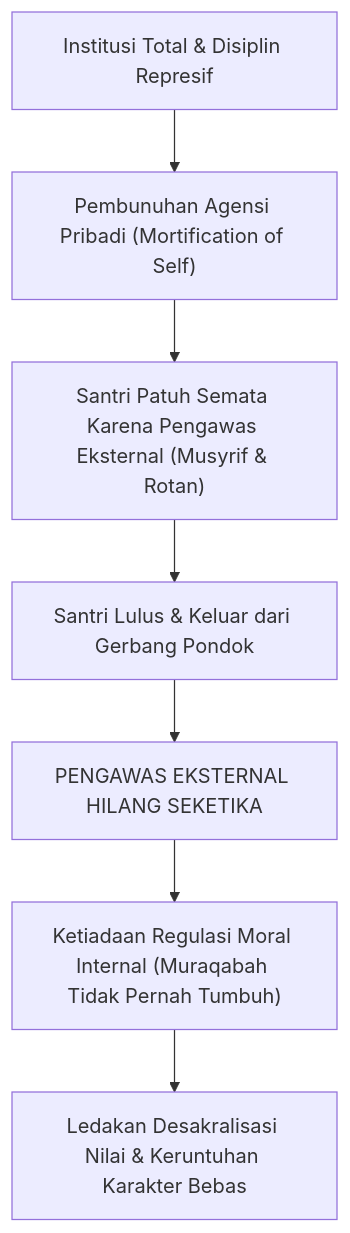
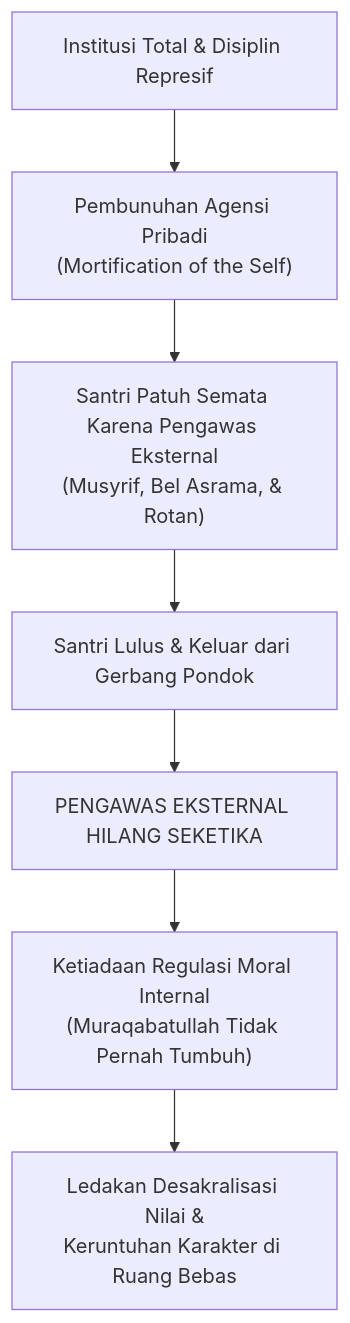
One commit to wandiapriliyandi/tumbuh changed the first of 5 diagrams in BOOK Series 1/01-The-Fundamental-of-TUMBUH/Bab-01-Menatap-Krisis-Menegakkan-Orientasi.md. Above: the diagram before and after it, drawn with Mermaid. The commit also changed other lines of this file and 3 other files, not shown here.

Commit message:
fix(book-01): optimasi pemenggalan teks diagram alur Bab 1 dan perbarui file PDF

````diff
--- a/BOOK Series 1/01-The-Fundamental-of-TUMBUH/Bab-01-Menatap-Krisis-Menegakkan-Orientasi.md
+++ b/BOOK Series 1/01-The-Fundamental-of-TUMBUH/Bab-01-Menatap-Krisis-Menegakkan-Orientasi.md
@@ -50,9 +50,9 @@
 ```mermaid
 graph TD
-    A["Institusi Total & Disiplin Represif"] --> B["Pembunuhan Agensi Pribadi (Mortification of Self)"]
-    B --> C["Santri Patuh Semata Karena Pengawas Eksternal (Musyrif & Rotan)"]
+    A["Institusi Total & Disiplin Represif"] --> B["Pembunuhan Agensi Pribadi<br/>(Mortification of the Self)"]
+    B --> C["Santri Patuh Semata Karena Pengawas Eksternal<br/>(Musyrif, Bel Asrama, & Rotan)"]
     C --> D["Santri Lulus & Keluar dari Gerbang Pondok"]
     D --> E["PENGAWAS EKSTERNAL HILANG SEKETIKA"]
-    E --> F["Ketiadaan Regulasi Moral Internal (Muraqabah Tidak Pernah Tumbuh)"]
-    F --> G["Ledakan Desakralisasi Nilai & Keruntuhan Karakter Bebas"]
+    E --> F["Ketiadaan Regulasi Moral Internal<br/>(Muraqabatullah Tidak Pernah Tumbuh)"]
+    F --> G["Ledakan Desakralisasi Nilai &<br/>Keruntuhan Karakter di Ruang Bebas"]
 ```
````
